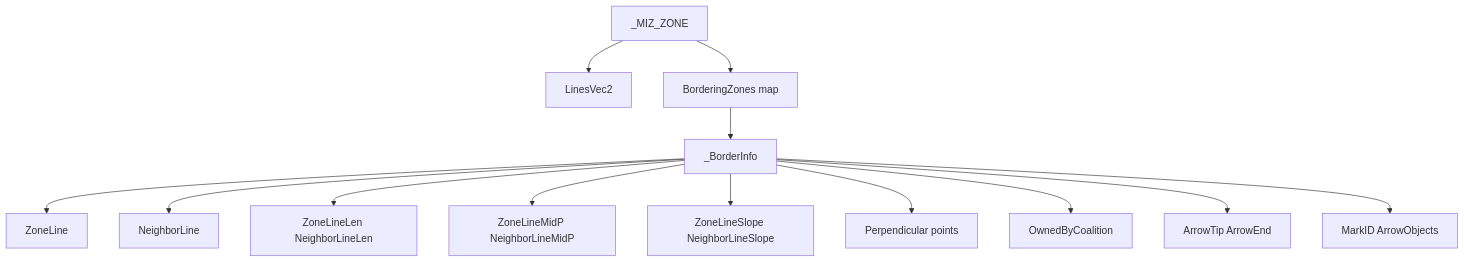
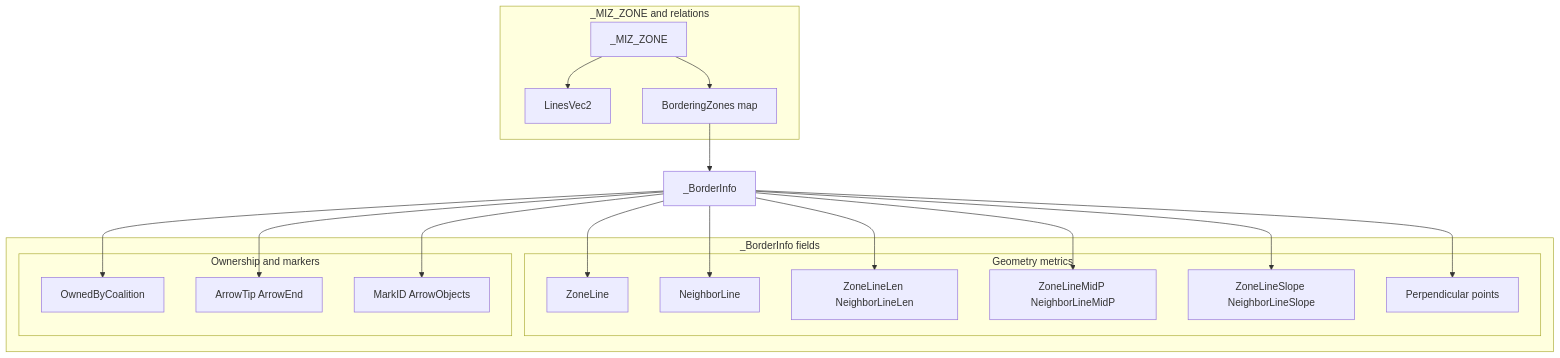
One commit to Gh0st352/AETHR changed the first of 3 diagrams in docs/types/borders_and_zones.md. Above: the diagram before and after it, drawn with Mermaid. The commit also changed other lines of this file and 8 other files, not shown here.

First line of the commit message:
docs(types, mermaid): normalize headings, restructure Mermaid diagrams, and standardize classes

````diff
--- a/docs/types/borders_and_zones.md
+++ b/docs/types/borders_and_zones.md
@@ -15,15 +15,41 @@
 ```mermaid
+%% shared theme: docs/_mermaid/theme.json %%
 flowchart TD
-  Z[_MIZ_ZONE] --> L[LinesVec2]
-  Z --> BZ[BorderingZones map]
+  subgraph ZONE ["_MIZ_ZONE and relations"]
+    Z[_MIZ_ZONE]
+    L[LinesVec2]
+    BZ[BorderingZones map]
+    Z --> L
+    Z --> BZ
+  end
+
   BZ --> BI[_BorderInfo]
-  BI --> ZL[ZoneLine]
-  BI --> NL[NeighborLine]
-  BI --> LEN[ZoneLineLen NeighborLineLen]
-  BI --> MID[ZoneLineMidP NeighborLineMidP]
-  BI --> SLP[ZoneLineSlope NeighborLineSlope]
-  BI --> PERP[Perpendicular points]
-  BI --> OWN[OwnedByCoalition]
-  BI --> ARW[ArrowTip ArrowEnd]
-  BI --> MK[MarkID ArrowObjects]
+
+  subgraph BORDER_INFO ["_BorderInfo fields"]
+    subgraph GEOM ["Geometry metrics"]
+      ZL[ZoneLine]
+      NL[NeighborLine]
+      LEN[ZoneLineLen NeighborLineLen]
+      MID[ZoneLineMidP NeighborLineMidP]
+      SLP[ZoneLineSlope NeighborLineSlope]
+      PERP[Perpendicular points]
+    end
+    subgraph OWN_MARK ["Ownership and markers"]
+      OWN[OwnedByCoalition]
+      ARW[ArrowTip ArrowEnd]
+      MK[MarkID ArrowObjects]
+    end
+  end
+
+  BI --> ZL
+  BI --> NL
+  BI --> LEN
+  BI --> MID
+  BI --> SLP
+  BI --> PERP
+  BI --> OWN
+  BI --> ARW
+  BI --> MK
+
+  class Z,L,BZ,BI,ZL,NL,LEN,MID,SLP,PERP,OWN,ARW,MK,ZONE,BORDER_INFO,GEOM,OWN_MARK class_data;
 ```
````
